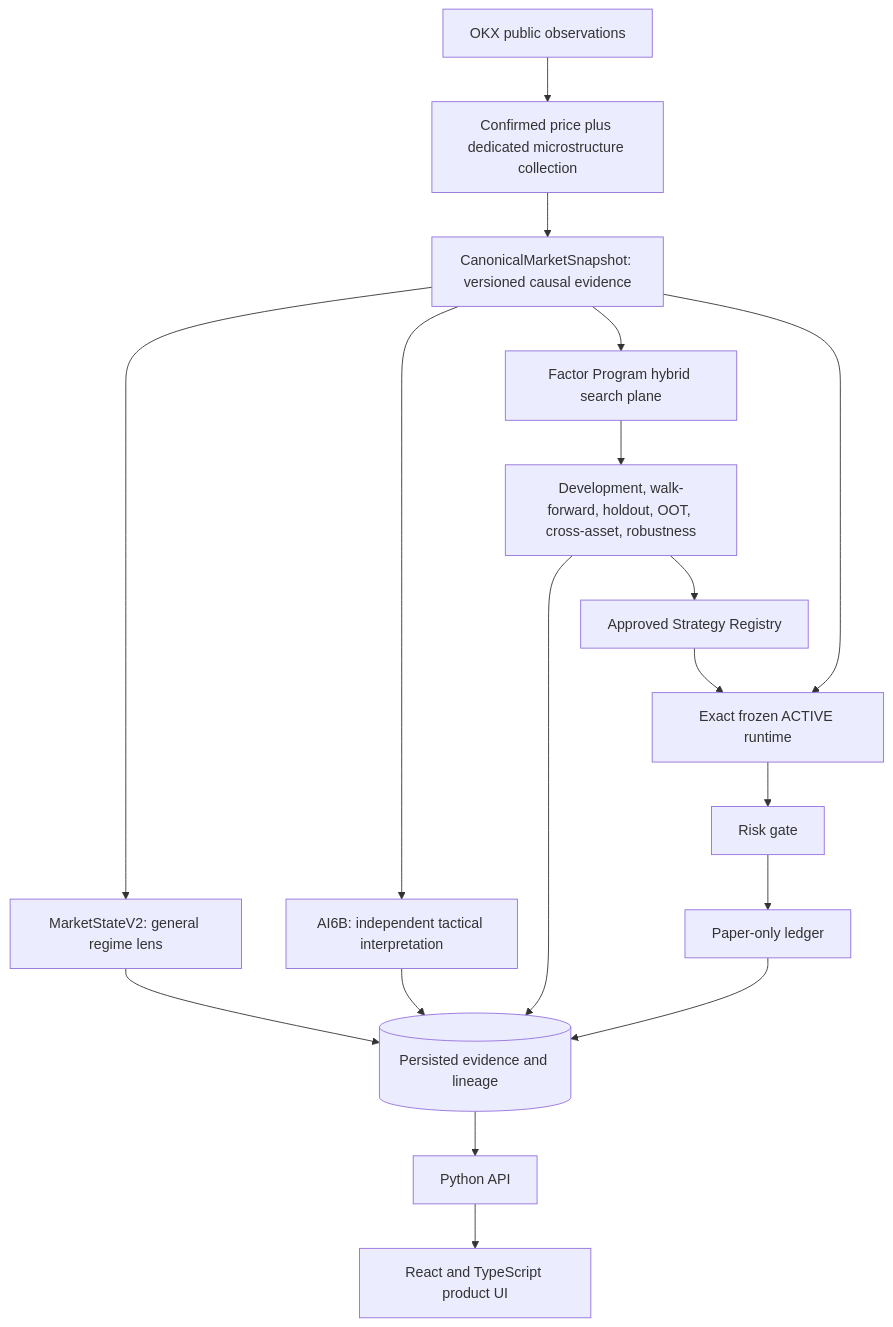
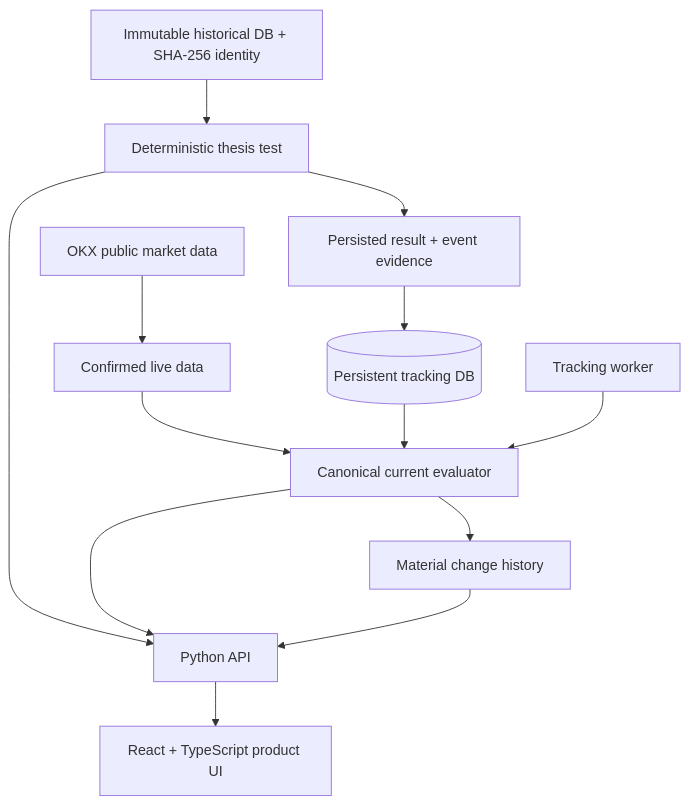
Before and after one commit to kevin6667890/crypto-bot: the second of 2 diagrams in README.md, drawn with Mermaid. The commit also changed other lines of this file and 9 other files, not shown here.

Commit message:
docs(portfolio): refresh thesis research product showcase

````diff
--- a/README.md
+++ b/README.md
@@ -40,20 +87,15 @@
 ```mermaid
 flowchart TD
-    OKX[OKX public observations] --> DATA[Confirmed price plus dedicated microstructure collection]
-    DATA --> SNAP[CanonicalMarketSnapshot: versioned causal evidence]
-    SNAP --> STATE[MarketStateV2: general regime lens]
-    SNAP --> AI[AI6B: independent tactical interpretation]
-    SNAP --> RESEARCH[Factor Program hybrid search plane]
-    RESEARCH --> VALIDATE[Development, walk-forward, holdout, OOT, cross-asset, robustness]
-    VALIDATE --> REGISTRY[Approved Strategy Registry]
-    REGISTRY --> RUNTIME[Exact frozen ACTIVE runtime]
-    SNAP --> RUNTIME
-    RUNTIME --> RISK[Risk gate]
-    RISK --> PAPER[Paper-only ledger]
-    STATE --> STORE[(Persisted evidence and lineage)]
-    AI --> STORE
-    VALIDATE --> STORE
-    PAPER --> STORE
-    STORE --> API[Python API]
-    API --> UI[React and TypeScript product UI]
+    OKX[OKX public market data] --> LIVE[Confirmed live data]
+    FROZEN[Immutable historical DB + SHA-256 identity] --> TEST[Deterministic thesis test]
+    TEST --> RESULT[Persisted result + event evidence]
+    RESULT --> TRACK[(Persistent tracking DB)]
+    LIVE --> EVAL[Canonical current evaluator]
+    TRACK --> EVAL
+    EVAL --> CHANGE[Material change history]
+    TEST --> API[Python API]
+    EVAL --> API
+    CHANGE --> API
+    API --> UI[React + TypeScript product UI]
+    WORKER[Tracking worker] --> EVAL
 ```
````
